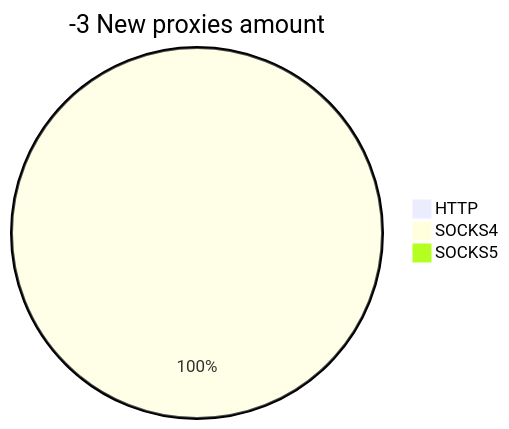
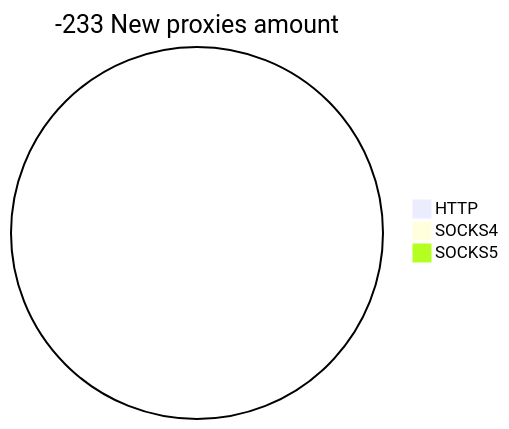
The second of 2 diagrams in README.md (cutipu/proxylist), drawn with Mermaid before and after one commit. The commit also changed other lines of this file, not shown here.

````diff
--- a/README.md
+++ b/README.md
@@ -10,6 +10,6 @@
 ```mermaid
-pie title -3 New proxies amount
+pie title -233 New proxies amount
     "HTTP" : 0
-    "SOCKS4" : 1
+    "SOCKS4" : 0
     "SOCKS5" : 0
 ```
````
